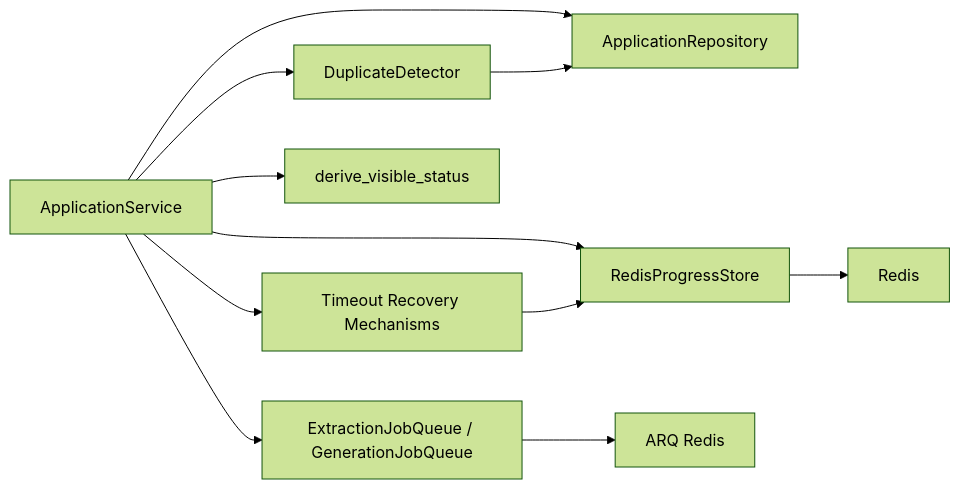
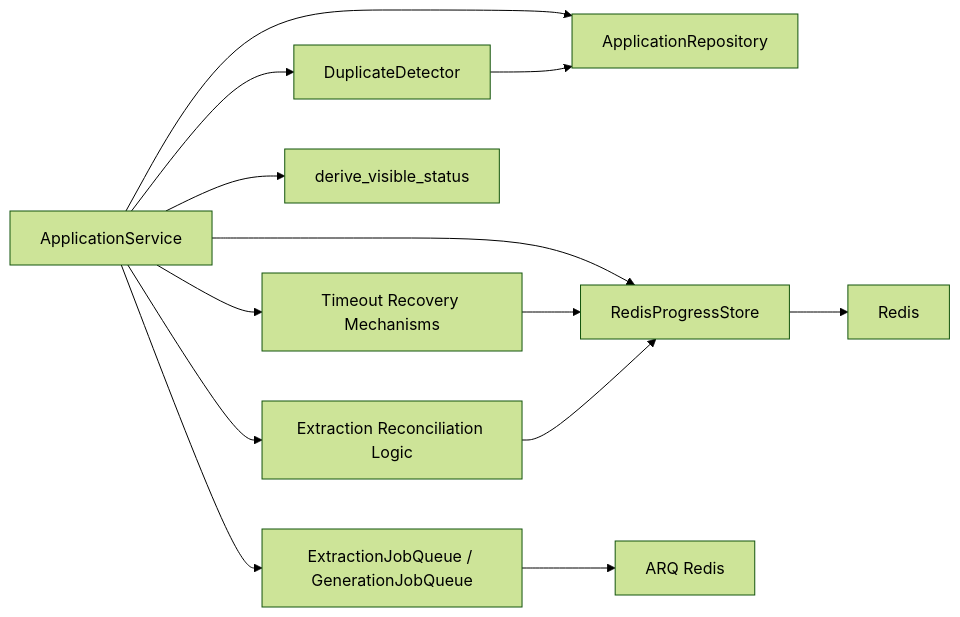
One commit to sankaL/job-app changed diagram 11 of 12 in .qoder/repowiki/en/content/Backend API/Service Layer/Application Manager Service.md. Above: the diagram before and after it, drawn with Mermaid (forest theme). The commit also changed other lines of this file and 9 other files, not shown here.

First line of the commit message:
docs(build-plan): add extraction callback resilience and terminal progress reconciliation

````diff
--- a/.qoder/repowiki/en/content/Backend API/Service Layer/Application Manager Service.md
+++ b/.qoder/repowiki/en/content/Backend API/Service Layer/Application Manager Service.md
@@ -465,13 +511,15 @@
 ```mermaid
 graph LR
 SVC["ApplicationService"] --> REPO["ApplicationRepository"]
 SVC --> DUPS["DuplicateDetector"]
 SVC --> PROG["RedisProgressStore"]
 SVC --> JOBQ["ExtractionJobQueue / GenerationJobQueue"]
 SVC --> WF["derive_visible_status"]
 SVC --> TIMEOUT["Timeout Recovery Mechanisms"]
+SVC --> EXTRACT_RECON["Extraction Reconciliation Logic"]
 JOBQ --> ARQ["ARQ Redis"]
 PROG --> REDIS["Redis"]
 DUPS --> REPO
 TIMEOUT --> PROG
+EXTRACT_RECON --> PROG
 ```
````
